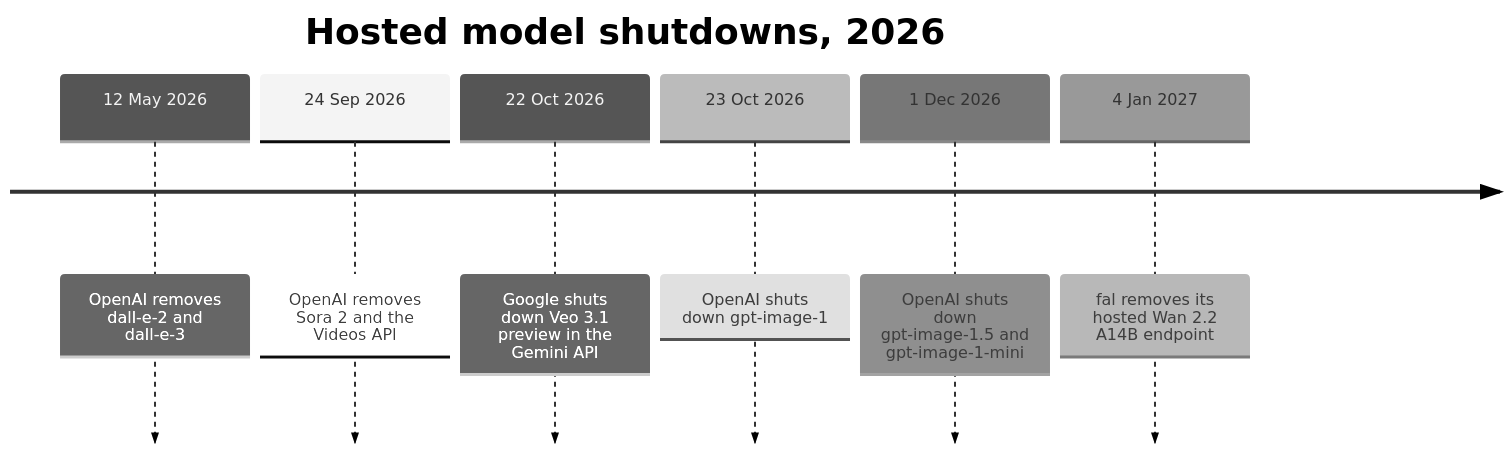
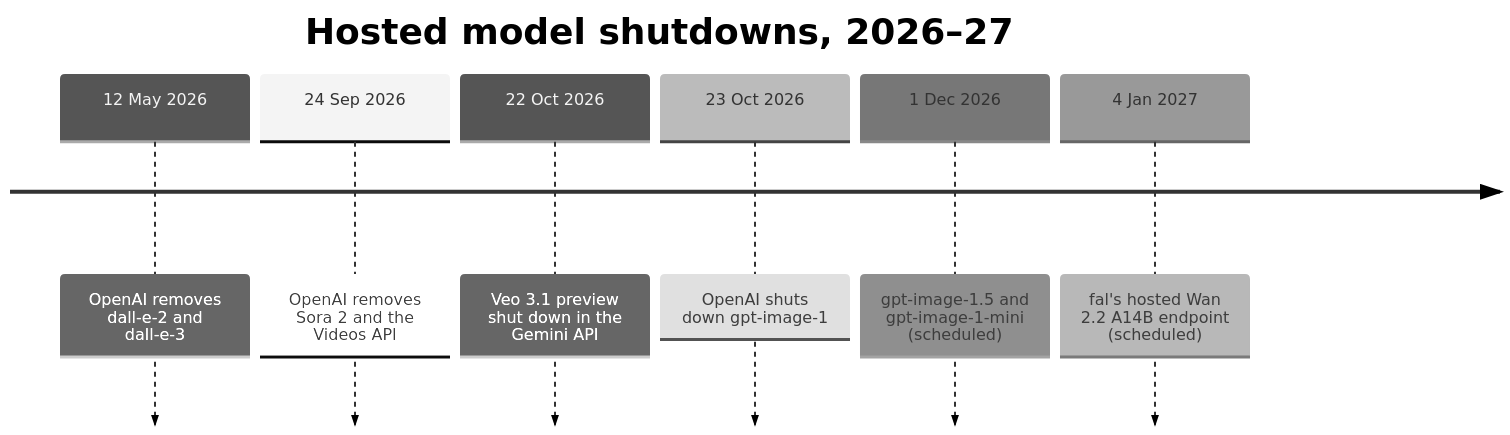
Before and after one commit to DataTalksClub/production-ai-agents-for-media-generation: the second of 2 diagrams in 01-consistent-media-generation-on-serverless-gpus/01-landscape.md, drawn with Mermaid (neutral theme). The commit also changed other lines of this file, not shown here.

````diff
--- a/01-consistent-media-generation-on-serverless-gpus/01-landscape.md
+++ b/01-consistent-media-generation-on-serverless-gpus/01-landscape.md
@@ -117,10 +113,10 @@
 ```mermaid
 timeline
-  title Hosted model shutdowns, 2026
+  title Hosted model shutdowns, 2026–27
   12 May 2026 : OpenAI removes dall-e-2 and dall-e-3
   24 Sep 2026 : OpenAI removes Sora 2 and the Videos API
-  22 Oct 2026 : Google shuts down Veo 3.1 preview in the Gemini API
+  22 Oct 2026 : Veo 3.1 preview shut down in the Gemini API
   23 Oct 2026 : OpenAI shuts down gpt-image-1
-  1 Dec 2026 : OpenAI shuts down gpt-image-1.5 and gpt-image-1-mini
-  4 Jan 2027 : fal removes its hosted Wan 2.2 A14B endpoint
+  1 Dec 2026 : gpt-image-1.5 and gpt-image-1-mini (scheduled)
+  4 Jan 2027 : fal's hosted Wan 2.2 A14B endpoint (scheduled)
 ```
````
